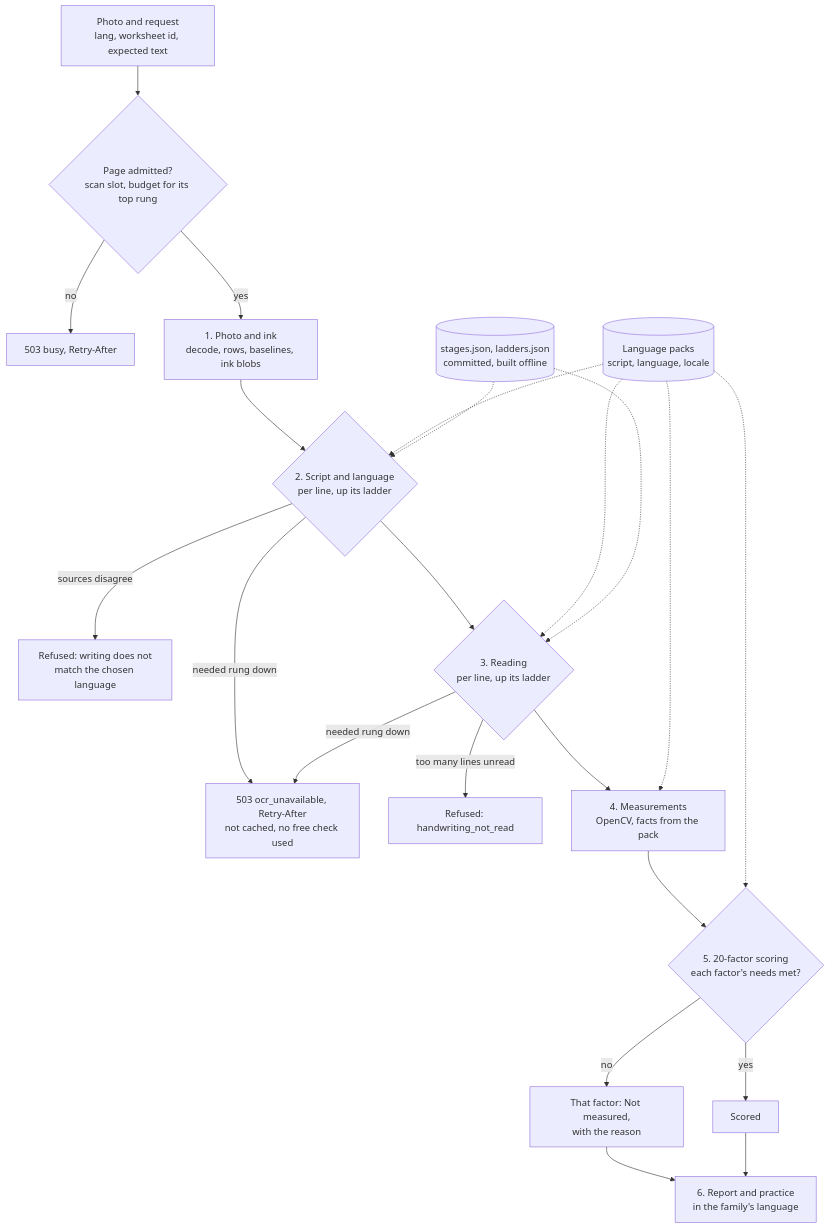
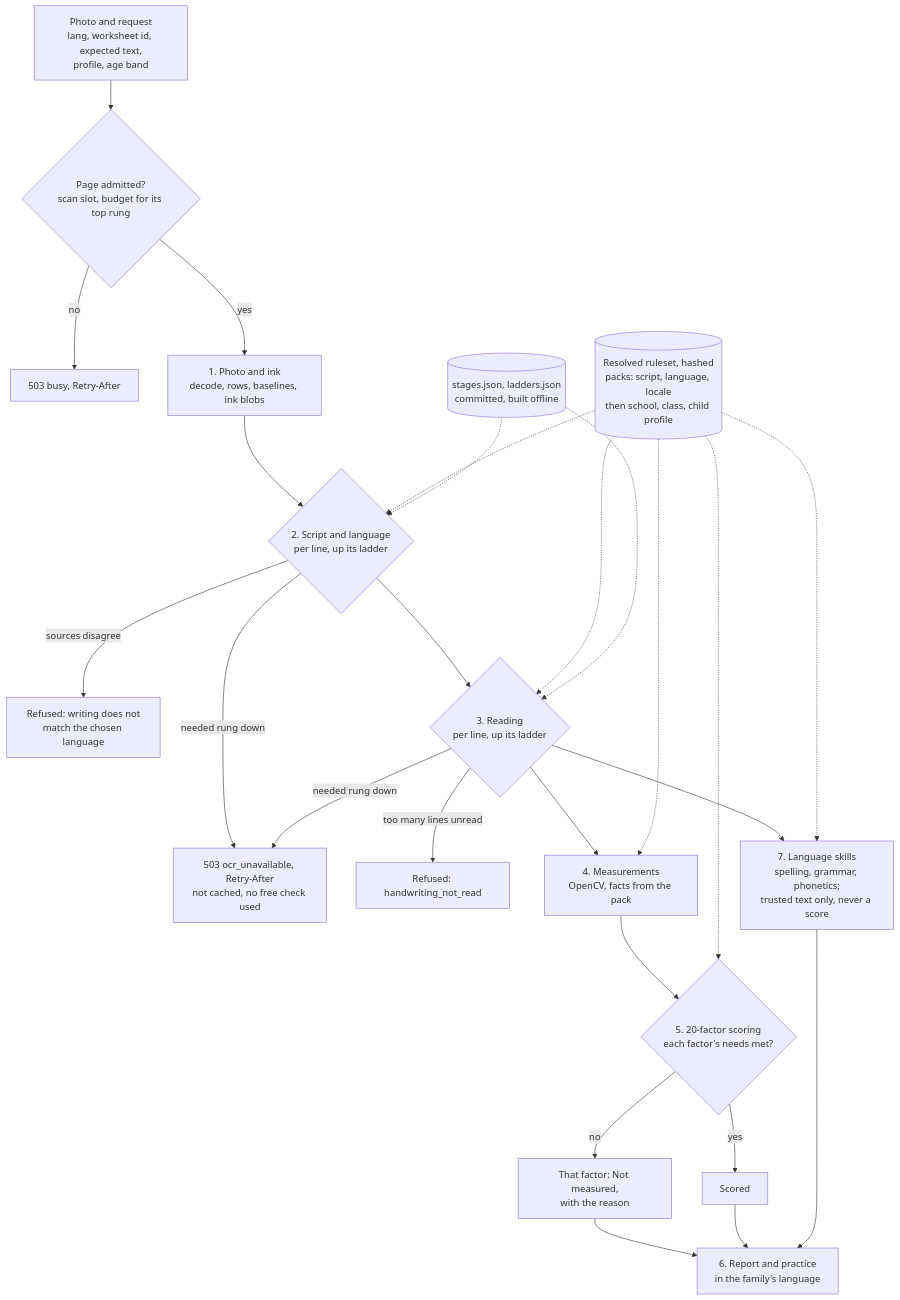
The third of 4 diagrams in docs/01-system-architecture.md (vahinitech/20factor-analyser), drawn with Mermaid before and after one commit. The commit also changed 2 other files, not shown here.

First paragraph of the commit message:
docs: custom rules, language skills and the self-review's twelve fixes
The owner asked for a self-review of the design and for a way to define
custom rules, exceptions and grammar.

````diff
--- a/docs/01-system-architecture.md
+++ b/docs/01-system-architecture.md
@@ -136,24 +136,27 @@
 ```mermaid
 flowchart TD
-  U["Photo and request<br/>lang, worksheet id, expected text"] --> AD{"Page admitted?<br/>scan slot, budget for its top rung"}
+  U["Photo and request<br/>lang, worksheet id, expected text,<br/>profile, age band"] --> AD{"Page admitted?<br/>scan slot, budget for its top rung"}
   AD -- no --> XB["503 busy, Retry-After"]
   AD -- yes --> P1["1. Photo and ink<br/>decode, rows, baselines, ink blobs"]
   P1 --> P2{"2. Script and language<br/>per line, up its ladder"}
   P2 -- "sources disagree" --> XS["Refused: writing does not<br/>match the chosen language"]
   P2 -- "needed rung down" --> XU["503 ocr_unavailable, Retry-After<br/>not cached, no free check used"]
   P2 --> P3{"3. Reading<br/>per line, up its ladder"}
   P3 -- "needed rung down" --> XU
   P3 -- "too many lines unread" --> XN["Refused: handwriting_not_read"]
   P3 --> P4["4. Measurements<br/>OpenCV, facts from the pack"]
+  P3 --> SK["7. Language skills<br/>spelling, grammar, phonetics;<br/>trusted text only, never a score"]
   P4 --> P5{"5. 20-factor scoring<br/>each factor's needs met?"}
   P5 -- no --> NM["That factor: Not measured,<br/>with the reason"]
   P5 -- yes --> SC["Scored"]
   NM --> P6["6. Report and practice<br/>in the family's language"]
   SC --> P6
-  LP[("Language packs<br/>script, language, locale")] -.-> P2
+  SK --> P6
+  LP[("Resolved ruleset, hashed<br/>packs: script, language, locale<br/>then school, class, child profile")] -.-> P2
   LP -.-> P3
   LP -.-> P4
   LP -.-> P5
+  LP -.-> SK
   LD[("stages.json, ladders.json<br/>committed, built offline")] -.-> P2
   LD -.-> P3
 ```
````
